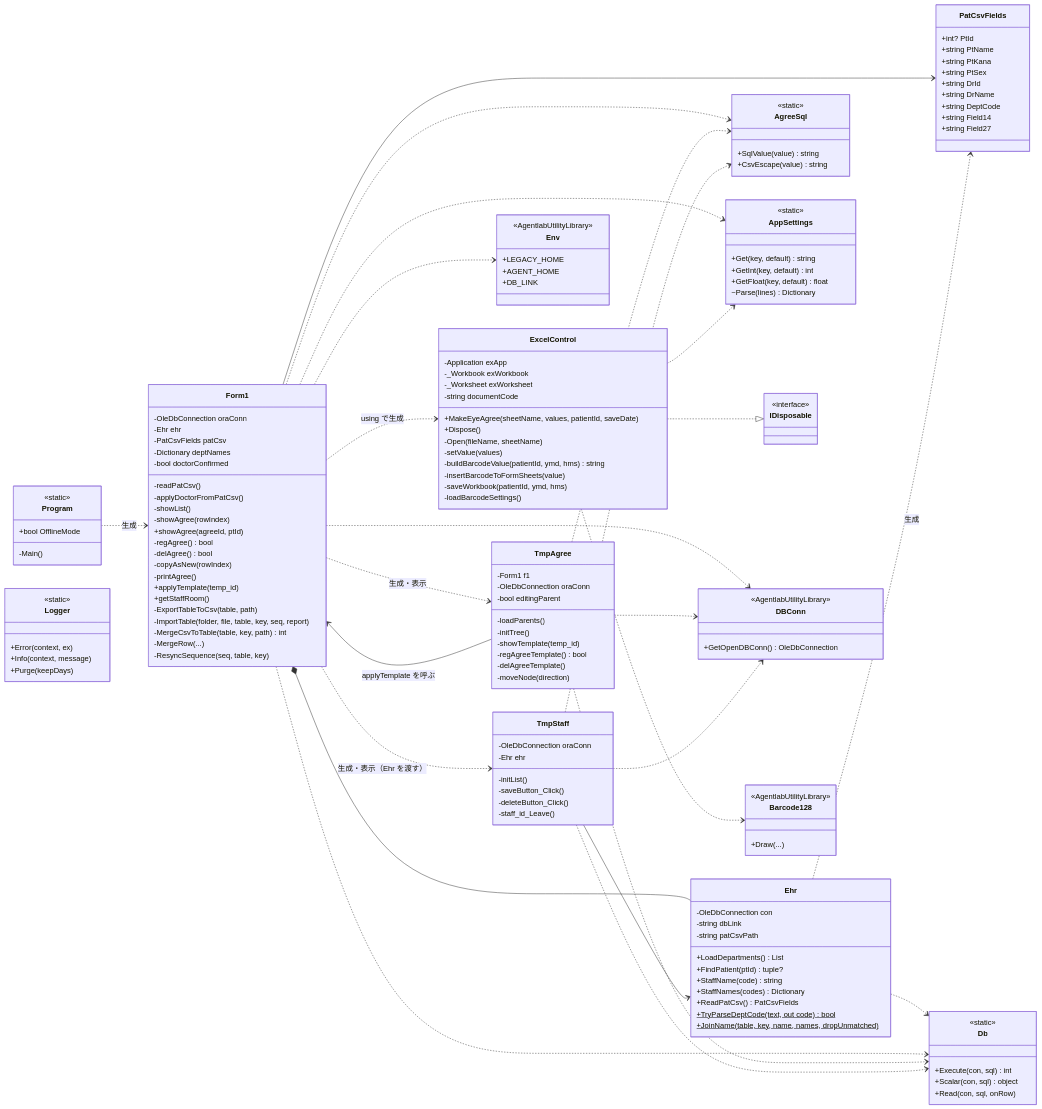
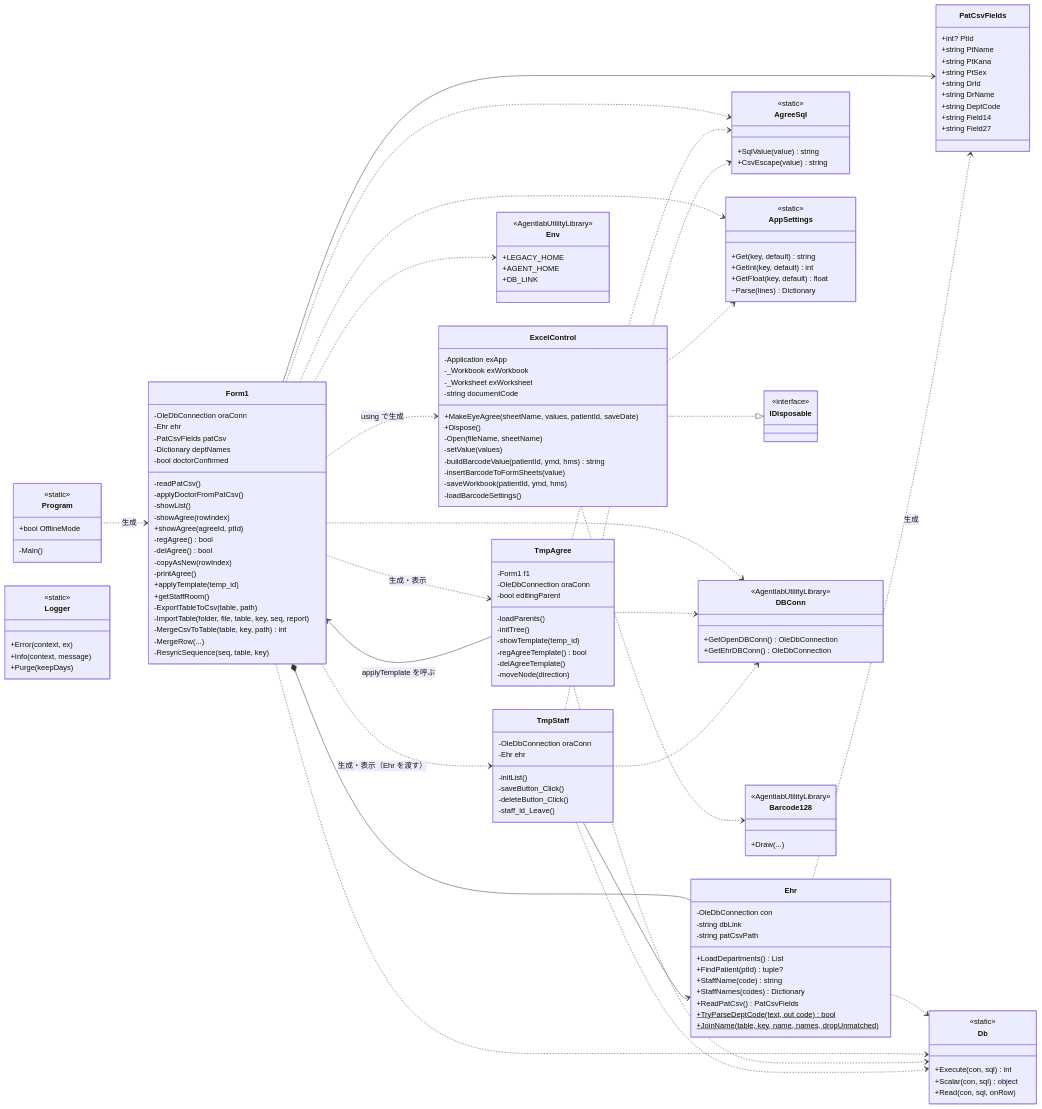
Before and after one commit to yokamoto5742/Agree: the diagram in docs/design/class_responsibilities.md, drawn with Mermaid. The commit also changed other lines of this file and 7 other files, not shown here.

```diff
--- a/docs/design/class_responsibilities.md
+++ b/docs/design/class_responsibilities.md
@@ -134,6 +134,7 @@
     class DBConn {
         <<AgentlabUtilityLibrary>>
         +GetOpenDBConn() OleDbConnection
+        +GetEhrDBConn() OleDbConnection
     }
     class Env {
         <<AgentlabUtilityLibrary>>
```
